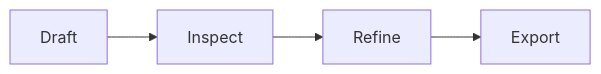
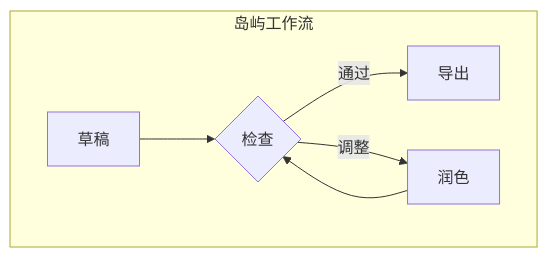
One commit to inexistence/typora-themes changed the first of 2 diagrams in island/island-test.md. Above: the diagram before and after it, drawn with Mermaid. The commit also changed other lines of this file and 1 other file, not shown here.

Commit message:
feat: style Mermaid diagrams and editor cursors

````diff
--- a/island/island-test.md
+++ b/island/island-test.md
@@ -77,4 +77,15 @@
 ```mermaid
 flowchart LR
-  Draft --> Inspect --> Refine --> Export
+  Draft[草稿] --> Inspect{检查}
+  Inspect -- 通过 --> Export[导出]
+  Inspect -- 调整 --> Refine[润色]
+  Refine --> Inspect
+
+  subgraph Island[岛屿工作流]
+    direction LR
+    Draft
+    Inspect
+    Refine
+    Export
+  end
 ```
````
